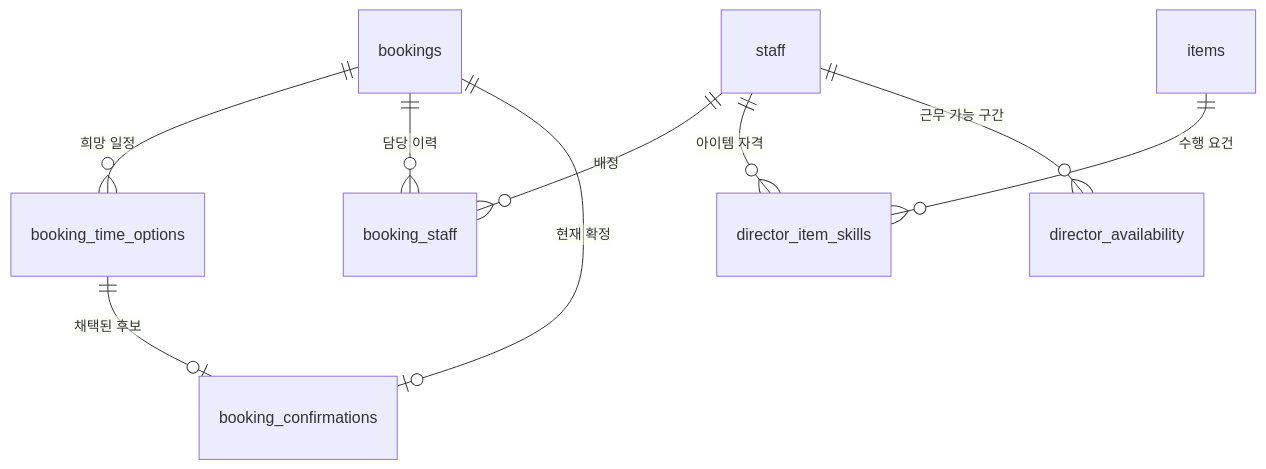
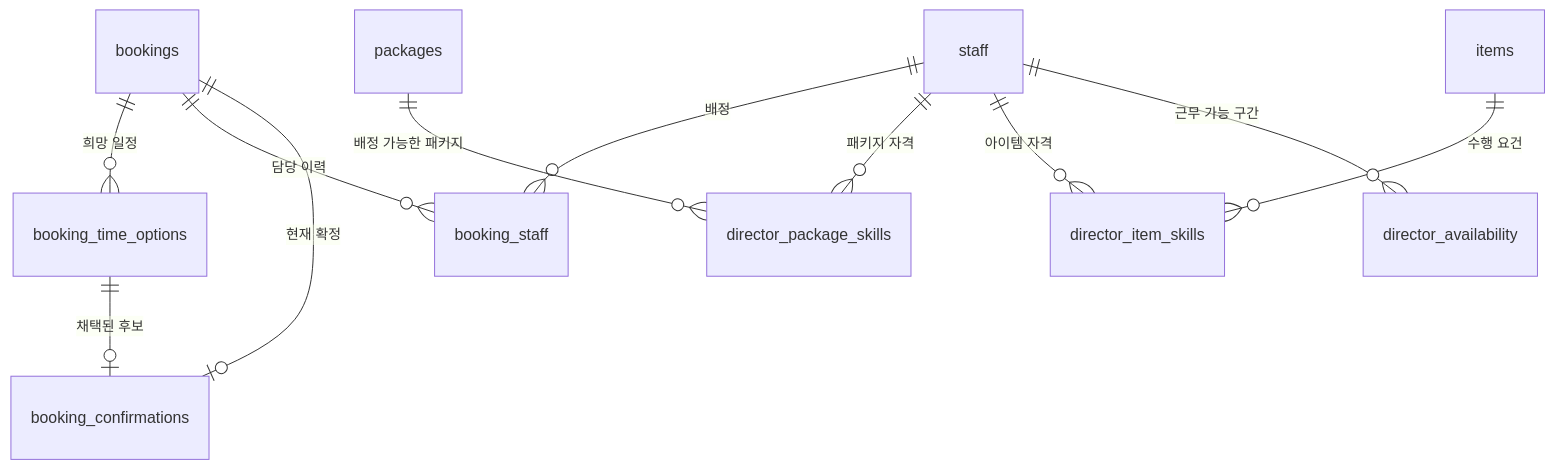
One commit to endidj/manspick-os changed the second of 2 diagrams in docs/database.md. Above: the diagram before and after it, drawn with Mermaid. The commit also changed other lines of this file and 69 other files, not shown here.

````diff
--- a/docs/database.md
+++ b/docs/database.md
@@ -29,11 +29,13 @@
 ```mermaid
 erDiagram
     bookings ||--o{ booking_time_options : "희망 일정"
     bookings ||--o{ booking_staff : "담당 이력"
     staff ||--o{ booking_staff : "배정"
+    staff ||--o{ director_package_skills : "패키지 자격"
+    packages ||--o{ director_package_skills : "배정 가능한 패키지"
     staff ||--o{ director_item_skills : "아이템 자격"
     items ||--o{ director_item_skills : "수행 요건"
     staff ||--o{ director_availability : "근무 가능 구간"
     bookings ||--o| booking_confirmations : "현재 확정"
     booking_time_options ||--o| booking_confirmations : "채택된 후보"
 ```
````
